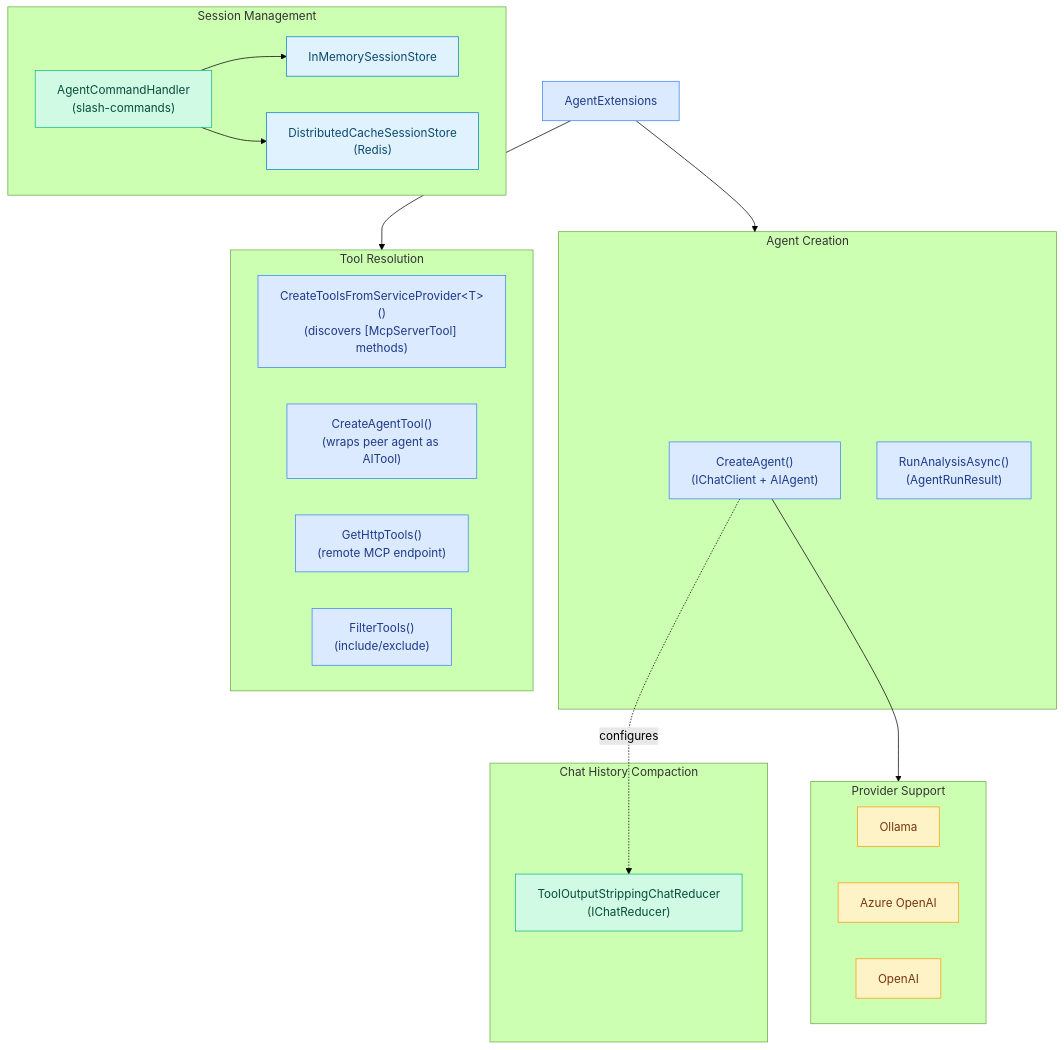
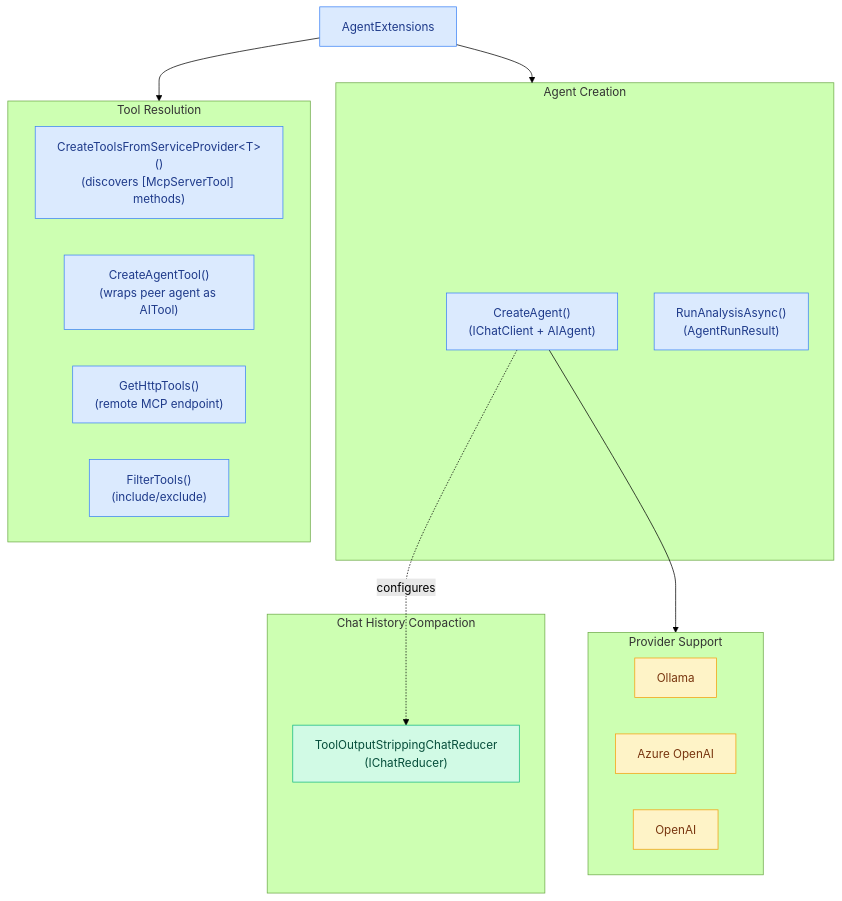
One commit to f2calv/CasCap.Common changed the diagram in src/CasCap.Common.AI/README.md. Above: the diagram before and after it, drawn with Mermaid (forest theme). The commit also changed other lines of this file and 11 other files, not shown here.

First line of the commit message:
refactor(ai): remove command session ownership

````diff
--- a/src/CasCap.Common.AI/README.md
+++ b/src/CasCap.Common.AI/README.md
@@ -79,44 +67,36 @@
 ```mermaid
 graph TD
     classDef core fill:#dbeafe,stroke:#3b82f6,color:#1e3a8a
     classDef service fill:#d1fae5,stroke:#10b981,color:#064e3b
     classDef config fill:#fef3c7,stroke:#f59e0b,color:#78350f
     classDef store fill:#e0f2fe,stroke:#0284c7,color:#0c4a6e
 
     AE["AgentExtensions"]:::core
 
     subgraph AgentCreation["Agent Creation"]
         CREATE["CreateAgent()<br/>(IChatClient + AIAgent)"]:::core
         RUN["RunAnalysisAsync()<br/>(AgentRunResult)"]:::core
     end
 
     subgraph ToolResolution["Tool Resolution"]
         SVC_TOOLS["CreateToolsFromServiceProvider&lt;T&gt;()<br/>(discovers [McpServerTool] methods)"]:::core
         AGENT_TOOL["CreateAgentTool()<br/>(wraps peer agent as AITool)"]:::core
         HTTP_TOOLS["GetHttpTools()<br/>(remote MCP endpoint)"]:::core
         FILTER["FilterTools()<br/>(include/exclude)"]:::core
     end
 
     subgraph Providers["Provider Support"]
         OLLAMA["Ollama"]:::config
         AZURE["Azure OpenAI"]:::config
         OPENAI["OpenAI"]:::config
     end
 
-    subgraph SessionMgmt["Session Management"]
-        CMD["AgentCommandHandler<br/>(slash-commands)"]:::service
-        MEM_STORE["InMemorySessionStore"]:::store
-        DIST_STORE["DistributedCacheSessionStore<br/>(Redis)"]:::store
-    end
-
     subgraph Compaction["Chat History Compaction"]
         REDUCER["ToolOutputStrippingChatReducer<br/>(IChatReducer)"]:::service
     end
 
     AE --> AgentCreation
     AE --> ToolResolution
     CREATE --> Providers
     CREATE -.configures.-> REDUCER
-    CMD --> MEM_STORE
-    CMD --> DIST_STORE
 ```
````
